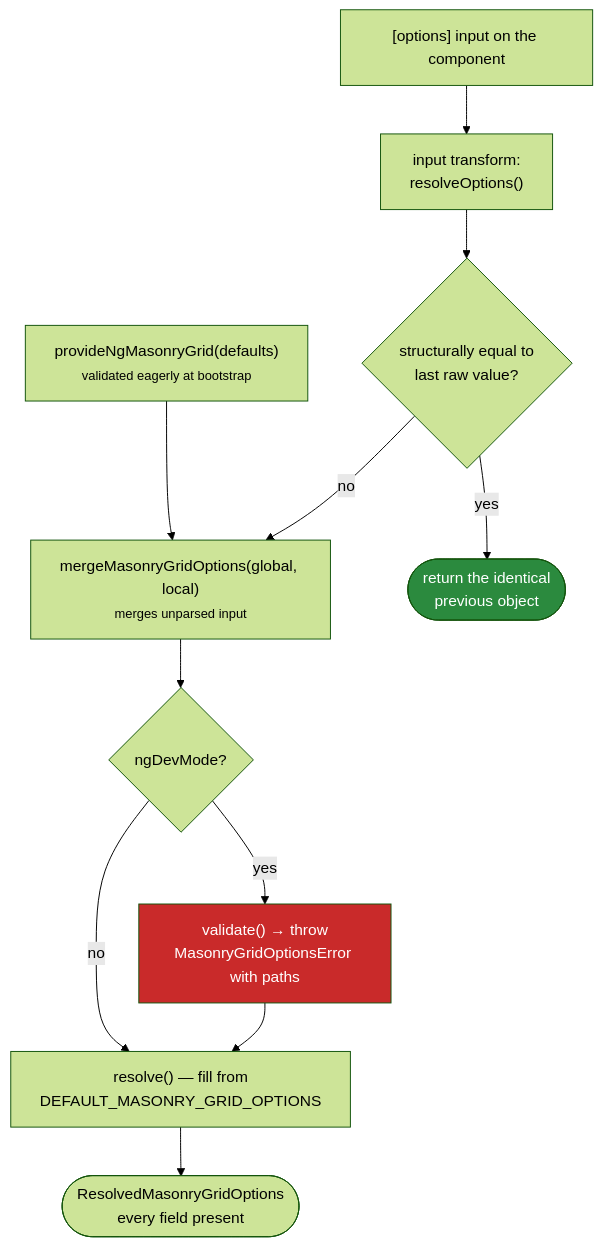
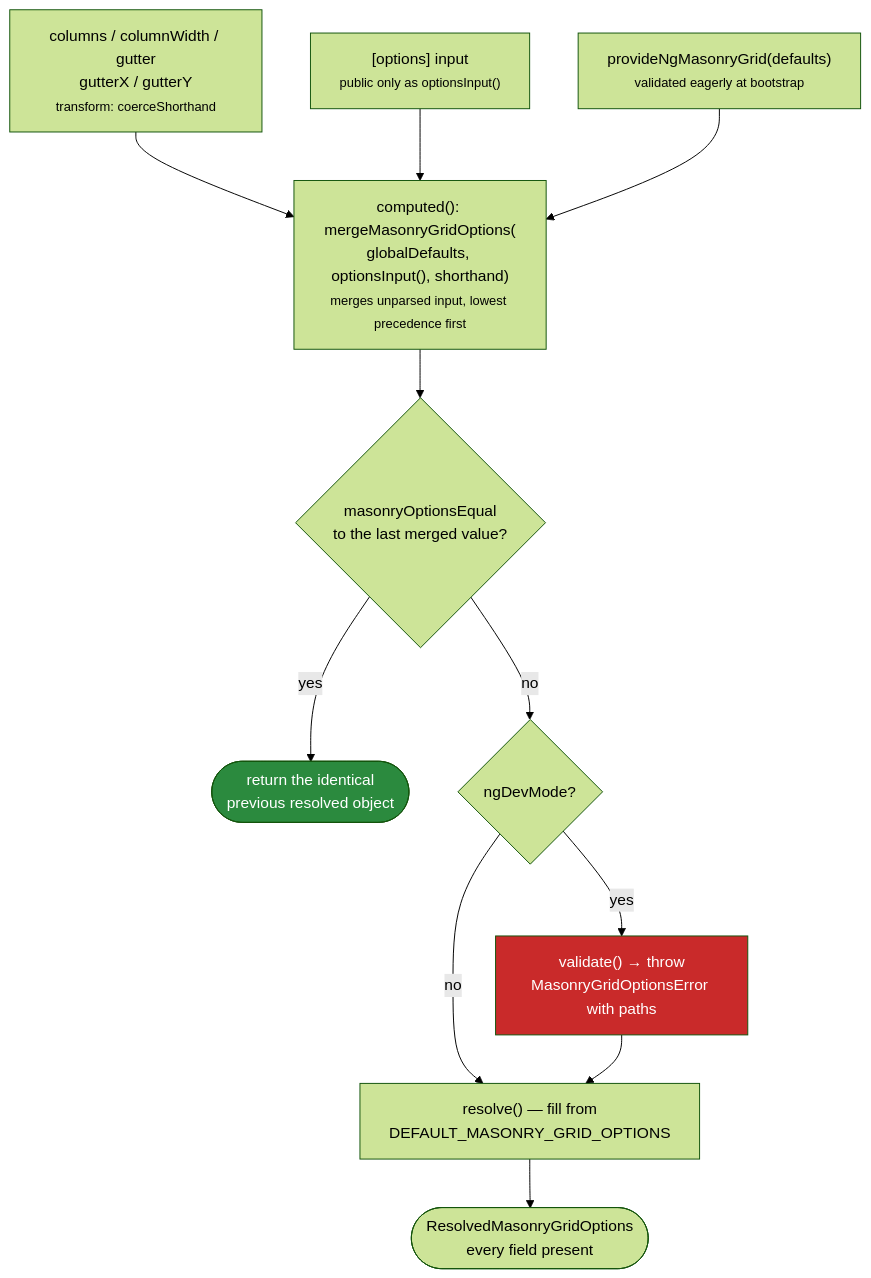
The tenth of 13 diagrams in ARCHITECTURE.md (MeAkib/masonry-angular), drawn with Mermaid (forest theme) before and after one commit. The commit also changed other lines of this file and 21 other files, not shown here.

````diff
--- a/ARCHITECTURE.md
+++ b/ARCHITECTURE.md
@@ -637,16 +650,17 @@
 ```mermaid
 flowchart TD
-    G["provideNgMasonryGrid(defaults)<br/><small>validated eagerly at bootstrap</small>"] --> M
-    C["[options] input on the component"] --> T["input transform:<br/>resolveOptions()"]
-    T --> ID{"structurally equal to<br/>last raw value?"}
-    ID -->|yes| REUSE(["return the identical<br/>previous object"])
-    ID -->|no| M["mergeMasonryGridOptions(global, local)<br/><small>merges unparsed input</small>"]
-    M --> V{"ngDevMode?"}
+    SH["columns / columnWidth / gutter<br/>gutterX / gutterY<br/><small>transform: coerceShorthand</small>"] --> CMP
+    C["[options] input<br/><small>public only as optionsInput()</small>"] --> CMP
+    G["provideNgMasonryGrid(defaults)<br/><small>validated eagerly at bootstrap</small>"] --> CMP
+
+    CMP["computed(): mergeMasonryGridOptions(<br/>globalDefaults, optionsInput(), shorthand)<br/><small>merges unparsed input, lowest precedence first</small>"] --> ID{"masonryOptionsEqual<br/>to the last merged value?"}
+    ID -->|yes| REUSE(["return the identical<br/>previous resolved object"])
+    ID -->|no| V{"ngDevMode?"}
     V -->|yes| VAL["validate() → throw<br/>MasonryGridOptionsError with paths"]
     V -->|no| R
     VAL --> R["resolve() — fill from<br/>DEFAULT_MASONRY_GRID_OPTIONS"]
     R --> OUT(["ResolvedMasonryGridOptions<br/>every field present"])
 
     style REUSE fill:#2b8a3e,color:#fff
     style VAL fill:#c92a2a,color:#fff
 ```
````
